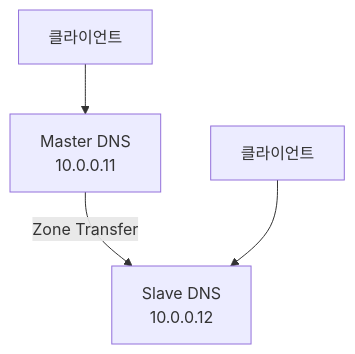
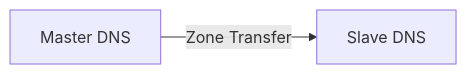
The second of 2 diagrams in _posts/linux/2025-10-22-DNS_study.md (HamaPr/HamaPr.github.io), drawn with Mermaid before and after one commit. The commit also changed other lines of this file and 94 other files, not shown here.

````diff
--- a/_posts/linux/2025-10-22-DNS_study.md
+++ b/_posts/linux/2025-10-22-DNS_study.md
@@ -110,6 +82,4 @@
 ```mermaid
-flowchart TB
-    Master["Master DNS<br>10.0.0.11"] -->|Zone Transfer| Slave["Slave DNS<br>10.0.0.12"]
-    Client1["클라이언트"] --> Master
-    Client2["클라이언트"] --> Slave
+flowchart LR
+    Master[Master DNS] -->|Zone Transfer| Slave[Slave DNS]
 ```
````
